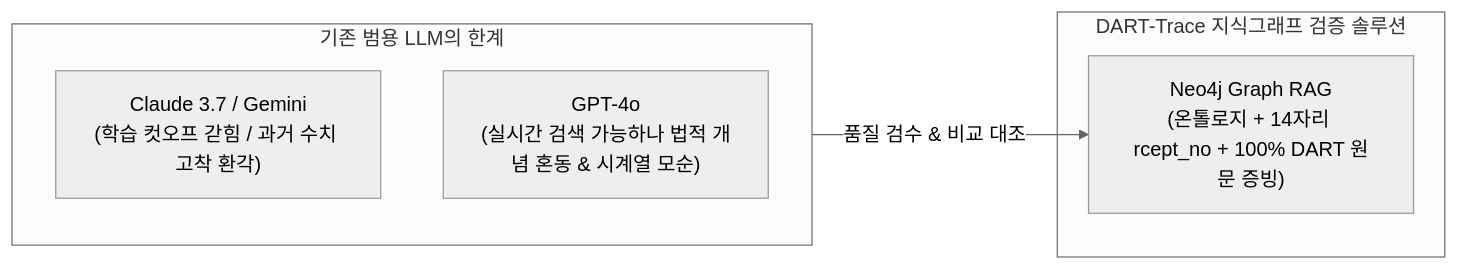
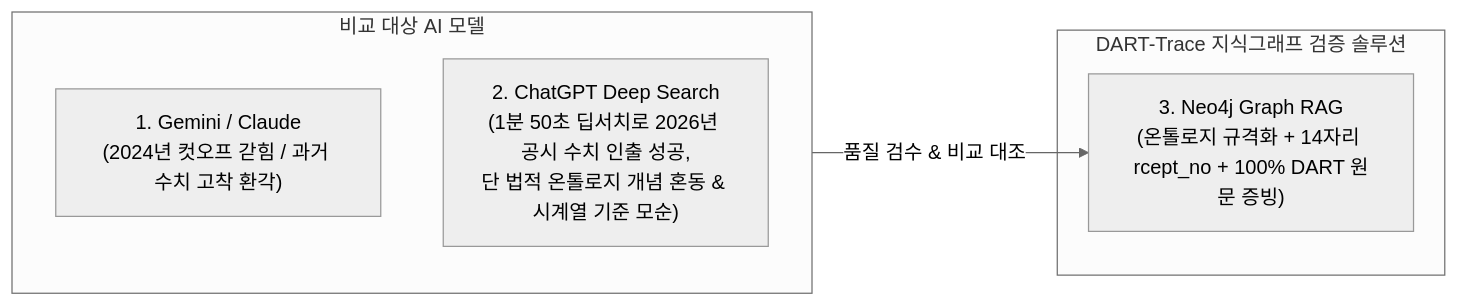
Before and after one commit to mycar4/enkoa-practice-knowledge-graph: the diagram in 내작업폴더/[검수문서01]_00_DART-Trace_LLM_대조_벤치마크_및_지식그래프_정합성_검수명세서.md, drawn with Mermaid (neutral theme). The commit also changed other lines of this file, not shown here.

Commit message:
docs: detail ChatGPT 1m 50s Deep Search in benchmark spec

````diff
--- a/내작업폴더/[검수문서01]_00_DART-Trace_LLM_대조_벤치마크_및_지식그래프_정합성_검수명세서.md
+++ b/내작업폴더/[검수문서01]_00_DART-Trace_LLM_대조_벤치마크_및_지식그래프_정합성_검수명세서.md
@@ -14,13 +17,13 @@
 ```mermaid
 flowchart LR
-    subgraph LLM_RISK ["기존 범용 LLM의 한계"]
-        G["Claude 3.7 / Gemini\n(학습 컷오프 갇힘 / 과거 수치 고착 환각)"]
-        GPT["GPT-4o\n(실시간 검색 가능하나 법적 개념 혼동 & 시계열 모순)"]
+    subgraph LLM_COMPARE ["비교 대상 AI 모델"]
+        M1["1. Gemini / Claude\n(2024년 컷오프 갇힘 / 과거 수치 고착 환각)"]
+        M2["2. ChatGPT Deep Search\n(1분 50초 딥서치로 2026년 공시 수치 인출 성공,\n단 법적 온톨로지 개념 혼동 & 시계열 기준 모순)"]
     end
 
     subgraph KG_SOLUTION ["DART-Trace 지식그래프 검증 솔루션"]
-        KG["Neo4j Graph RAG\n(온톨로지 + 14자리 rcept_no + 100% DART 원문 증빙)"]
+        KG["3. Neo4j Graph RAG\n(온톨로지 규격화 + 14자리 rcept_no + 100% DART 원문 증빙)"]
     end
 
-    LLM_RISK -->|품질 검수 & 비교 대조| KG
+    LLM_COMPARE -->|품질 검수 & 비교 대조| KG
 ```
````
